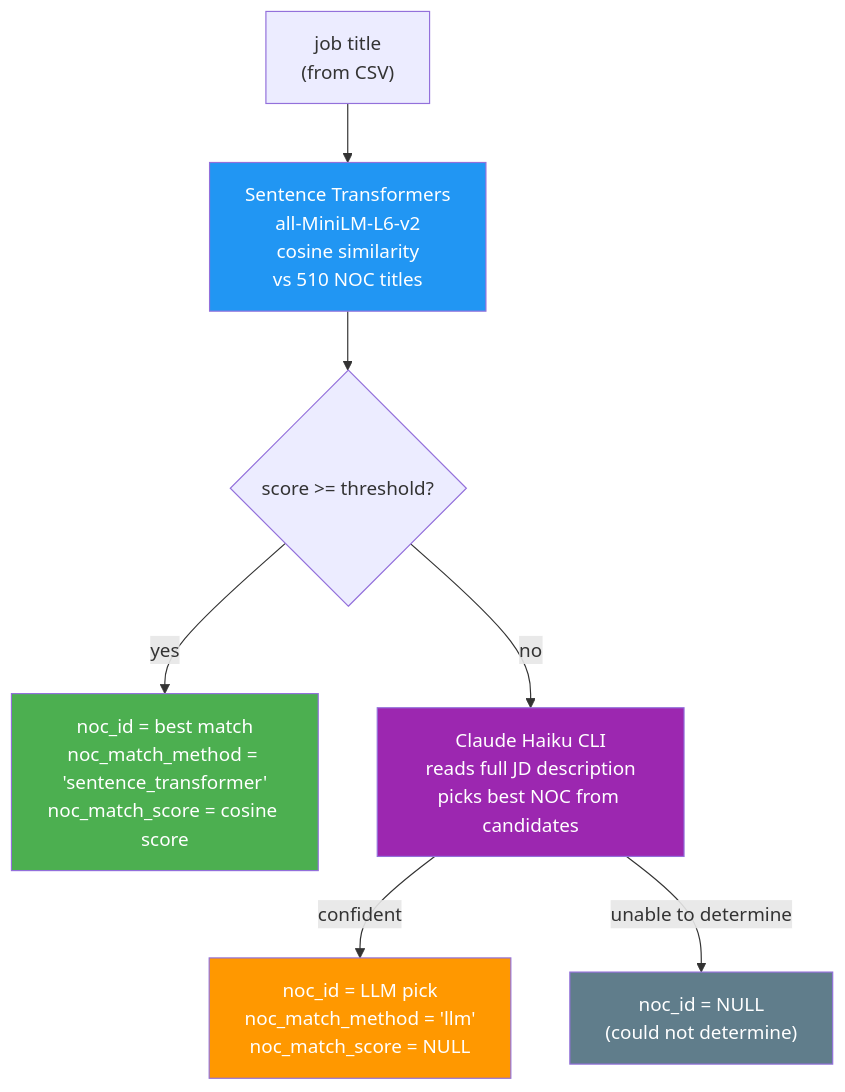
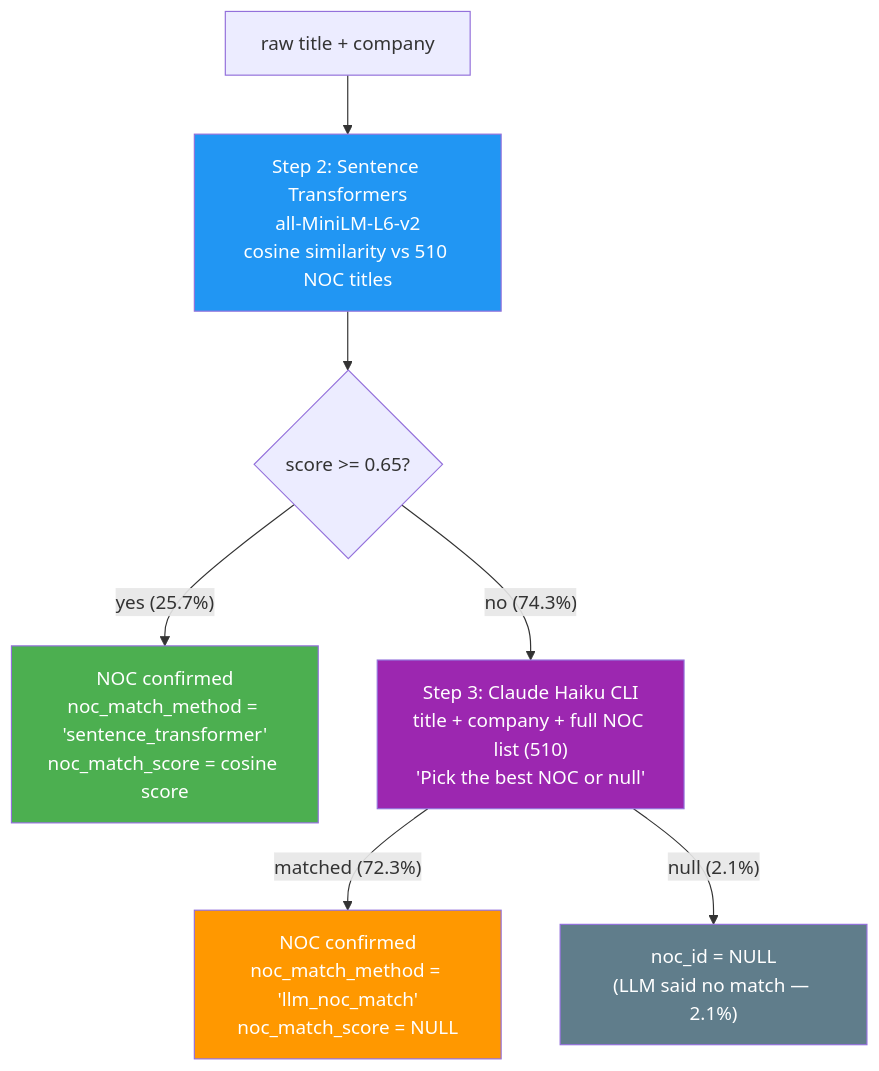
One commit to JindoKimKor/GILJOBI changed the diagram in pipelines/skill-demand/SPEC.md. Above: the diagram before and after it, drawn with Mermaid. The commit also changed other lines of this file, not shown here.

First line of the commit message:
docs(skill-demand): Full SPEC rewrite — consistent, current state only

````diff
--- a/pipelines/skill-demand/SPEC.md
+++ b/pipelines/skill-demand/SPEC.md
@@ -230,22 +92,22 @@
 ```mermaid
 flowchart TD
-    TITLE["job title<br/>(from CSV)"]
-    ST["Sentence Transformers<br/>all-MiniLM-L6-v2<br/>cosine similarity<br/>vs 510 NOC titles"]
-    SCORE{score >= threshold?}
-    MATCH_ST["noc_id = best match<br/>noc_match_method = 'sentence_transformer'<br/>noc_match_score = cosine score"]
-    LLM["Claude Haiku CLI<br/>reads full JD description<br/>picks best NOC from candidates"]
-    MATCH_LLM["noc_id = LLM pick<br/>noc_match_method = 'llm'<br/>noc_match_score = NULL"]
-    NO_MATCH["noc_id = NULL<br/>(could not determine)"]
+    TITLE["raw title + company"]
+    ST["Step 2: Sentence Transformers<br/>all-MiniLM-L6-v2<br/>cosine similarity vs 510 NOC titles"]
+    SCORE{score >= 0.65?}
+    MATCH_ST["NOC confirmed<br/>noc_match_method = 'sentence_transformer'<br/>noc_match_score = cosine score"]
+    LLM["Step 3: Claude Haiku CLI<br/>title + company + full NOC list (510)<br/>'Pick the best NOC or null'"]
+    MATCH_LLM["NOC confirmed<br/>noc_match_method = 'llm_noc_match'<br/>noc_match_score = NULL"]
+    NO_MATCH["noc_id = NULL<br/>(LLM said no match — 2.1%)"]
 
     TITLE --> ST --> SCORE
-    SCORE -->|"yes"| MATCH_ST
-    SCORE -->|"no"| LLM
-    LLM -->|"confident"| MATCH_LLM
-    LLM -->|"unable to determine"| NO_MATCH
+    SCORE -->|"yes (25.7%)"| MATCH_ST
+    SCORE -->|"no (74.3%)"| LLM
+    LLM -->|"matched (72.3%)"| MATCH_LLM
+    LLM -->|"null (2.1%)"| NO_MATCH
 
     style MATCH_ST fill:#4CAF50,color:#fff
     style MATCH_LLM fill:#FF9800,color:#fff
     style NO_MATCH fill:#607D8B,color:#fff
     style ST fill:#2196F3,color:#fff
     style LLM fill:#9C27B0,color:#fff
 ```
````
